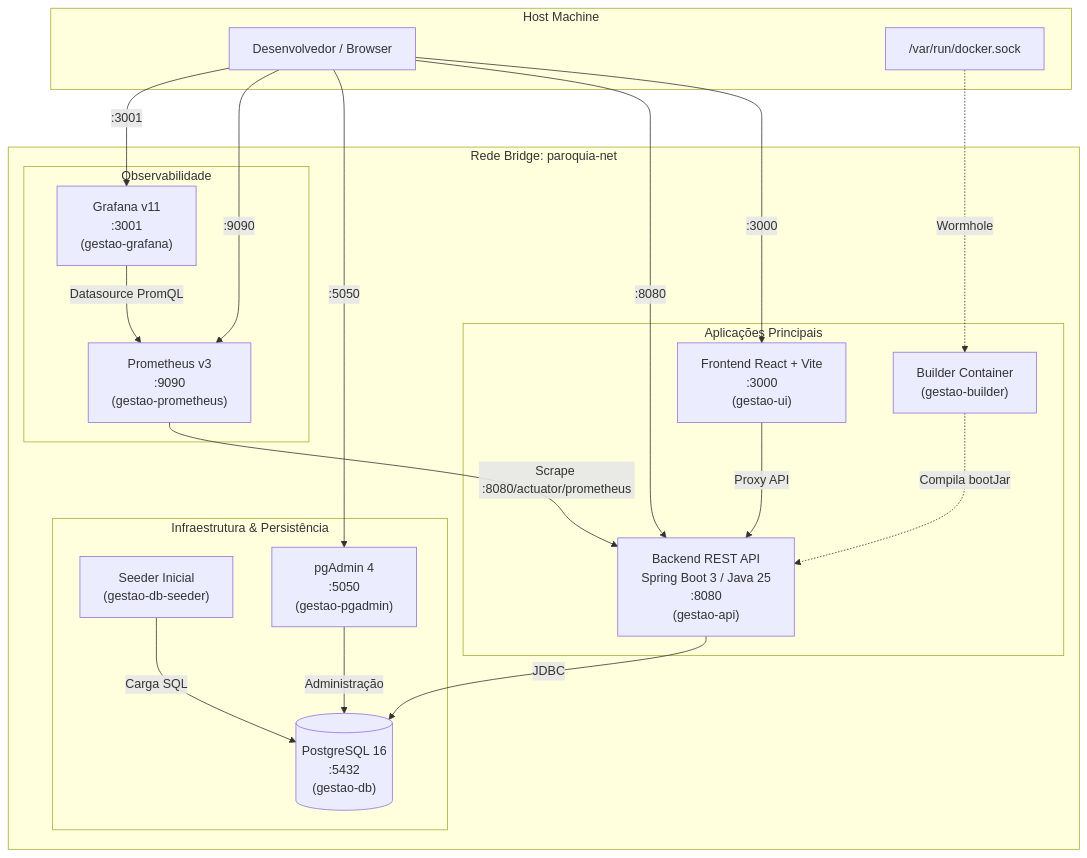
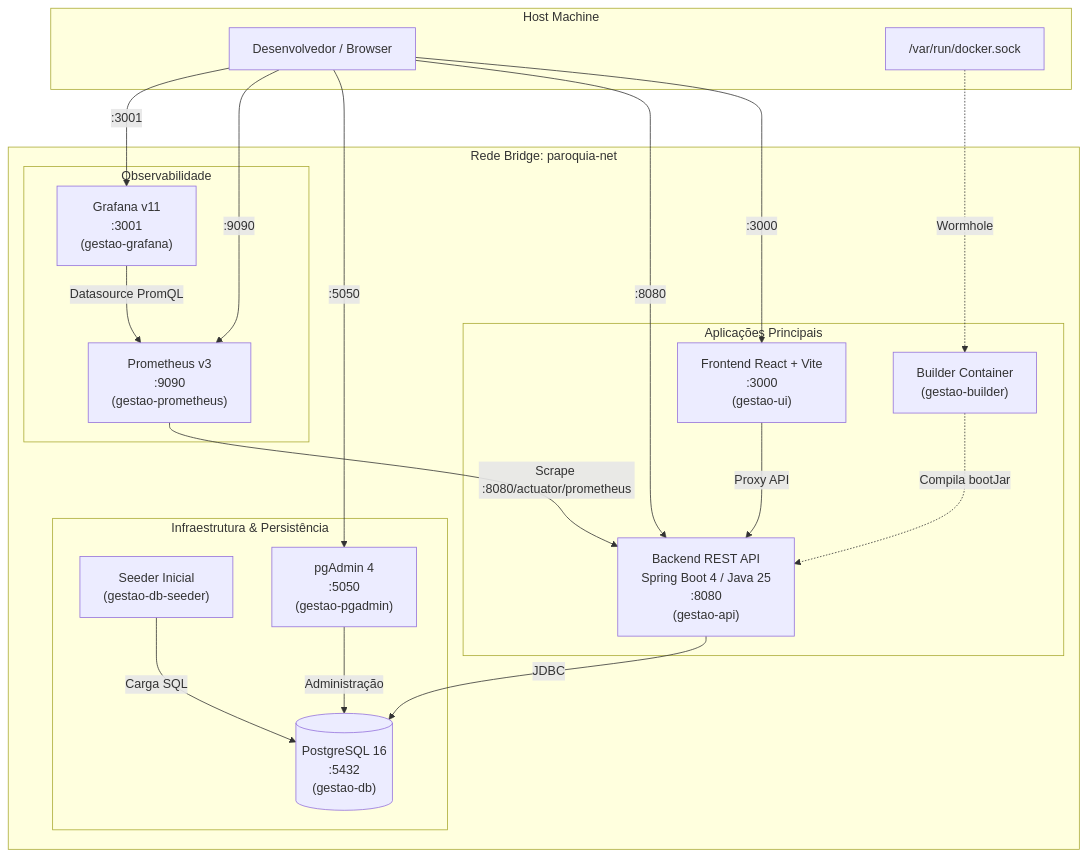
The diagram in DOCKER.md (BrunoLV/paroquia), drawn with Mermaid before and after one commit. The commit also changed 283 other files, not shown here.

````diff
--- a/DOCKER.md
+++ b/DOCKER.md
@@ -11,43 +11,43 @@
 ```mermaid
 flowchart TD
     subgraph Host["Host Machine"]
         User["Desenvolvedor / Browser"]
         DockerSock["/var/run/docker.sock"]
     end
 
     subgraph ParoquiaNet["Rede Bridge: paroquia-net"]
         subgraph DevInfra["Infraestrutura & Persistência"]
             DB[("PostgreSQL 16\n:5432\n(gestao-db)")]
             DBSeeder["Seeder Inicial\n(gestao-db-seeder)"]
             PGAdmin["pgAdmin 4\n:5050\n(gestao-pgadmin)"]
         end
 
         subgraph CoreApp["Aplicações Principais"]
             Builder["Builder Container\n(gestao-builder)"]
-            API["Backend REST API\nSpring Boot 3 / Java 25\n:8080\n(gestao-api)"]
+            API["Backend REST API\nSpring Boot 4 / Java 25\n:8080\n(gestao-api)"]
             UI["Frontend React + Vite\n:3000\n(gestao-ui)"]
         end
 
         subgraph Observability["Observabilidade"]
             Prometheus["Prometheus v3\n:9090\n(gestao-prometheus)"]
             Grafana["Grafana v11\n:3001\n(gestao-grafana)"]
         end
     end
 
     User -->|":3000"| UI
     User -->|":8080"| API
     User -->|":5050"| PGAdmin
     User -->|":9090"| Prometheus
     User -->|":3001"| Grafana
 
     UI -->|"Proxy API"| API
     API -->|"JDBC"| DB
     DBSeeder -->|"Carga SQL"| DB
     PGAdmin -->|"Administração"| DB
 
     Builder -.->|"Compila bootJar"| API
     DockerSock -.->|"Wormhole"| Builder
 
     Prometheus -->|"Scrape :8080/actuator/prometheus"| API
     Grafana -->|"Datasource PromQL"| Prometheus
 ```
````
